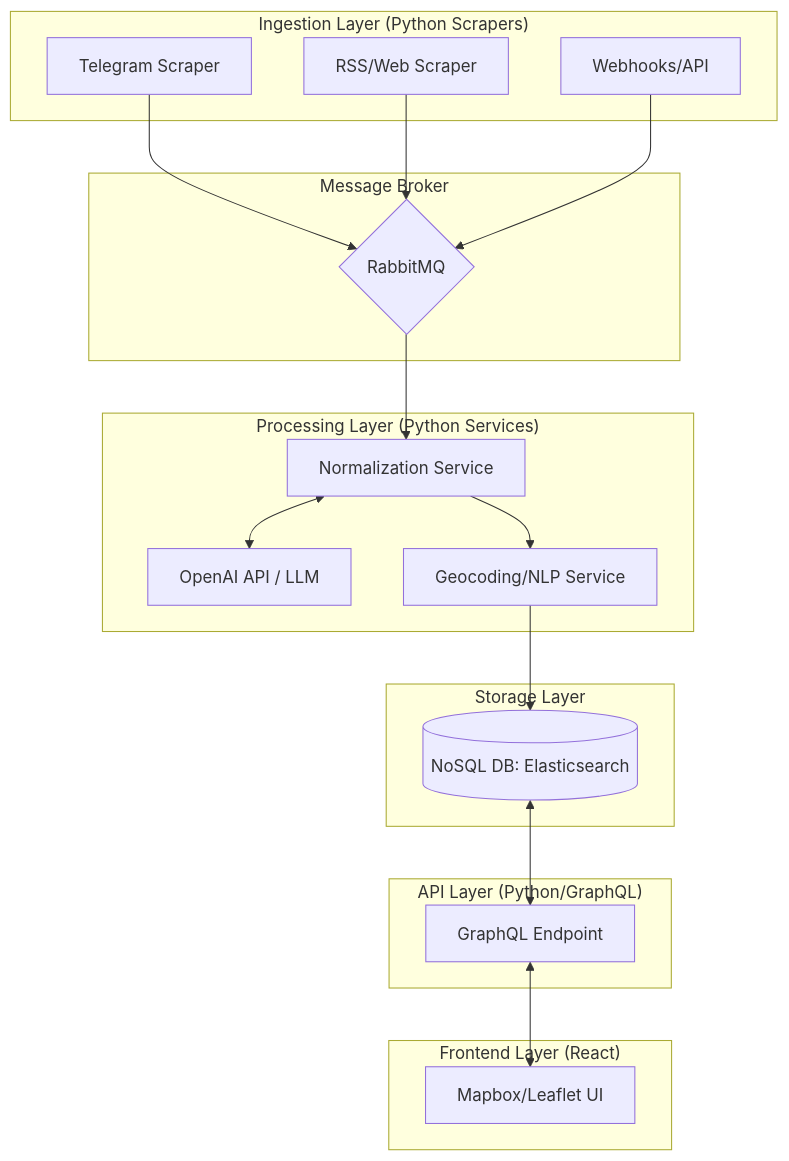
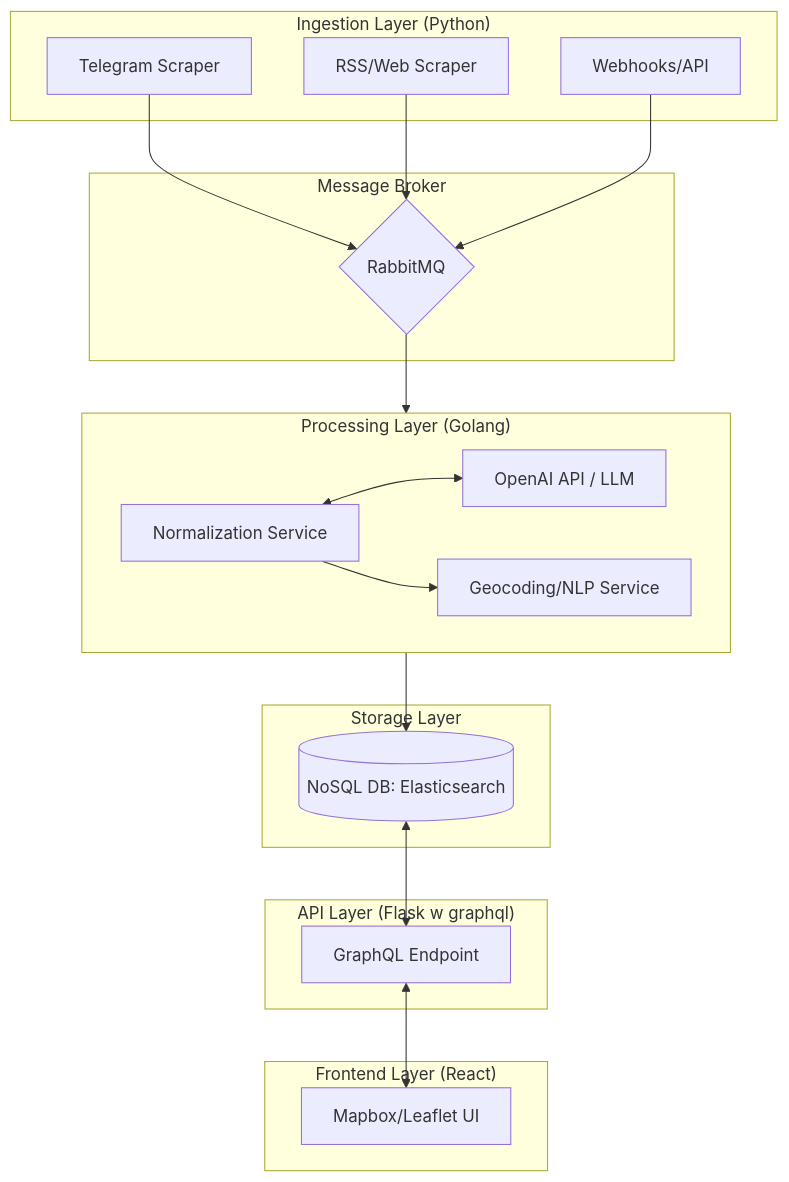
Before and after one commit to IshaySela/israel-osint-ai: the diagram in ARCHITECTURE.md, drawn with Mermaid. The commit also changed other lines of this file, not shown here.

First line of the commit message:
Revise architecture details for ingestion and processing

````diff
--- a/ARCHITECTURE.md
+++ b/ARCHITECTURE.md
@@ -6,47 +6,48 @@
 ```mermaid
 graph TD
     %% Ingestion Layer
-    subgraph Ingestion ["Ingestion Layer (Python Scrapers)"]
+    subgraph Ingestion ["Ingestion Layer (Python)"]
         T[Telegram Scraper]
         R[RSS/Web Scraper]
         W[Webhooks/API]
     end
 
     %% Message Broker
     subgraph Broker ["Message Broker"]
         MQ{RabbitMQ}
     end
 
     %% Processing Layer
-    subgraph Processing ["Processing Layer (Python Services)"]
+    subgraph Processing ["Processing Layer (Golang)"]
+        direction LR
         NS[Normalization Service]
         LLM[OpenAI API / LLM]
         GS[Geocoding/NLP Service]
     end
 
     %% Storage
     subgraph Storage ["Storage Layer"]
         DB[(NoSQL DB: Elasticsearch)]
     end
 
     %% API Layer
-    subgraph API ["API Layer (Python/GraphQL)"]
+    subgraph API ["API Layer (Flask w graphql)"]
         QL[GraphQL Endpoint]
     end
 
     %% Frontend Layer
     subgraph Frontend ["Frontend Layer (React)"]
         Map[Mapbox/Leaflet UI]
     end
 
     %% Data Flow
     T --> MQ
     R --> MQ
     W --> MQ
     MQ --> NS
     NS <--> LLM
     NS --> GS
     GS --> DB
     DB <--> QL
     QL <--> Map
 ```
````
